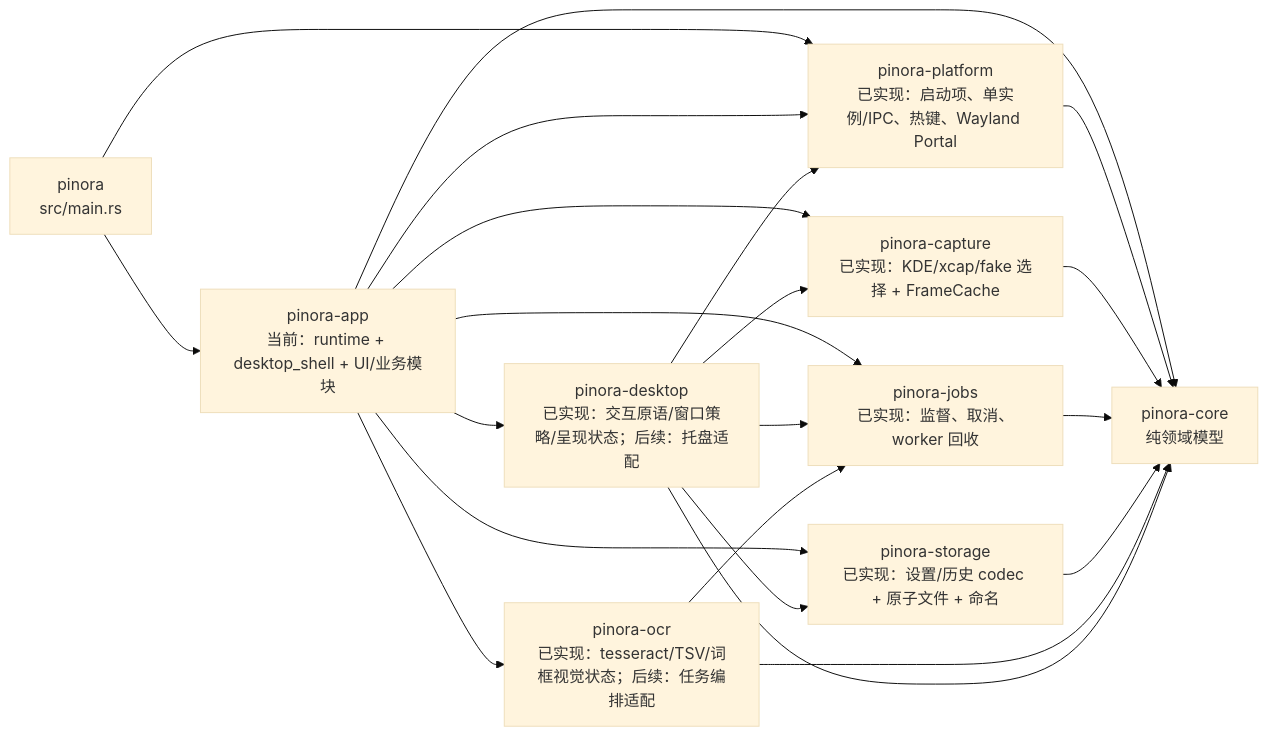
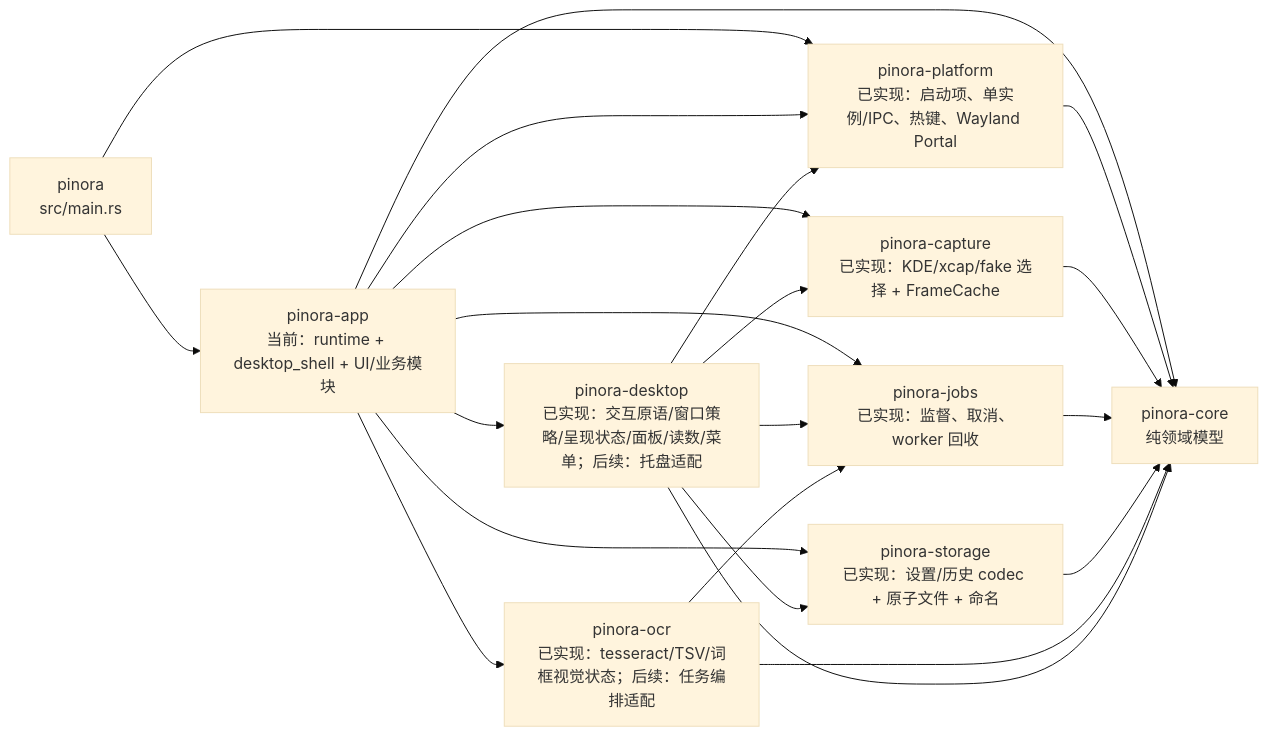
The third of 23 diagrams in docs/Pinora-开发设计文档.md (yhyzgn/pinora), drawn with Mermaid (base theme) before and after one commit. The commit also changed other lines of this file and 13 other files, not shown here.

Commit message:
refactor: migrate desktop panels into pinora-desktop

````diff
--- a/docs/Pinora-开发设计文档.md
+++ b/docs/Pinora-开发设计文档.md
@@ -236,24 +236,24 @@
 ```mermaid
 flowchart LR
     Main["pinora\nsrc/main.rs"] --> App["pinora-app\n当前：runtime + desktop_shell + UI/业务模块"]
     Main --> Platform["pinora-platform\n已实现：启动项、单实例/IPC、热键、Wayland Portal"]
     App --> Platform
     App --> Core["pinora-core\n纯领域模型"]
     Platform --> Core
 
     App --> CaptureNow["pinora-capture\n已实现：KDE/xcap/fake 选择 + FrameCache"]
     CaptureNow --> Core
     App --> JobsNow["pinora-jobs\n已实现：监督、取消、worker 回收"]
     JobsNow --> Core
     App --> StorageNow["pinora-storage\n已实现：设置/历史 codec + 原子文件 + 命名"]
     StorageNow --> Core
-    App --> Desktop["pinora-desktop\n已实现：交互原语/窗口策略/呈现状态；后续：托盘适配"]
+    App --> Desktop["pinora-desktop\n已实现：交互原语/窗口策略/呈现状态/面板/读数/菜单；后续：托盘适配"]
     App --> Ocr["pinora-ocr\n已实现：tesseract/TSV/词框视觉状态；后续：任务编排适配"]
     Ocr --> Core
     Desktop --> Core
     Desktop --> Platform
     Desktop --> CaptureNow
     Desktop --> JobsNow
     Desktop --> StorageNow
     Ocr --> JobsNow
 ```
````
